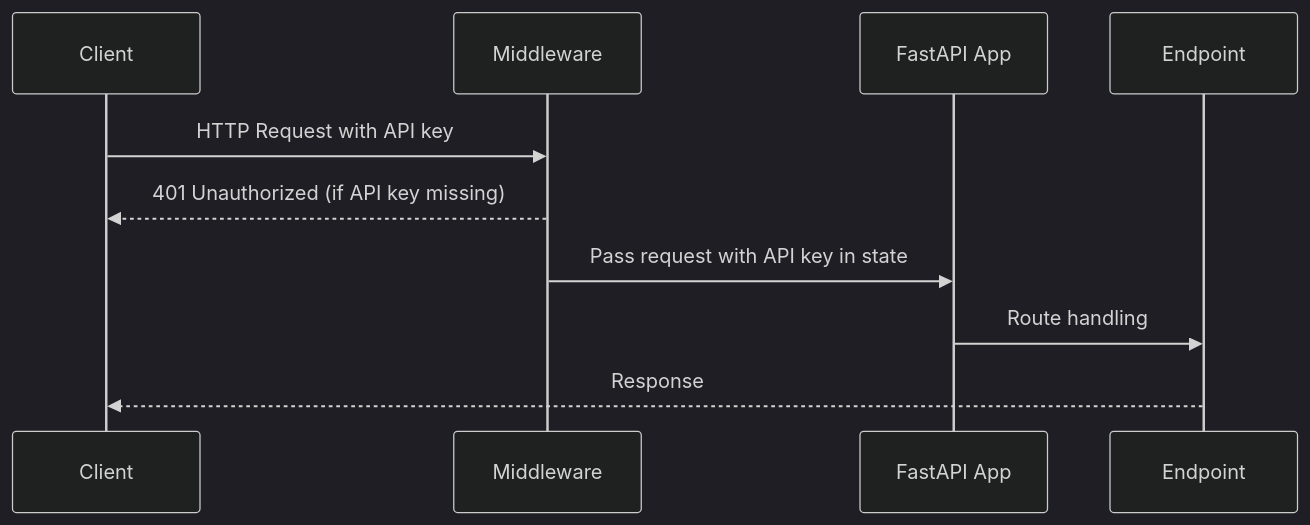
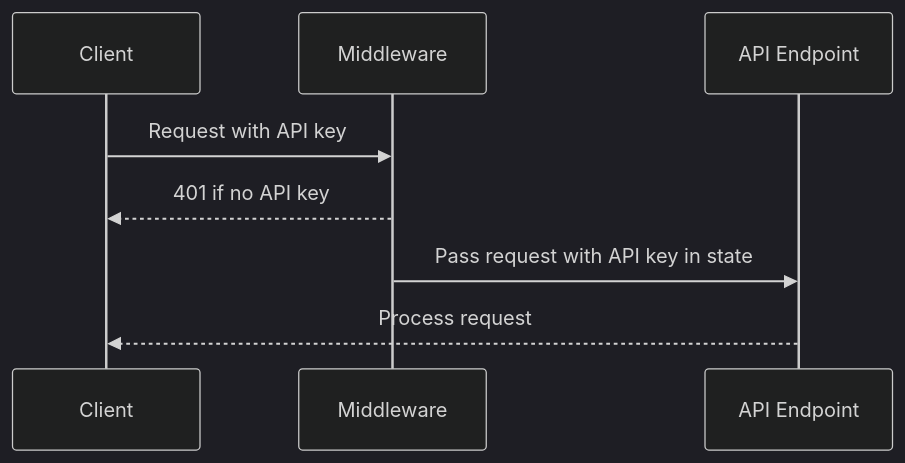
One commit to Meeting-BaaS/docs changed the diagram in content/docs/updates/speaking-bots-2025-04-29.mdx. Above: the diagram before and after it, drawn with Mermaid (dark theme). The commit also changed other lines of this file and 2 other files, not shown here.

Commit message:
Feat: speaking bots API update

````diff
--- a/content/docs/updates/speaking-bots-2025-04-29.mdx
+++ b/content/docs/updates/speaking-bots-2025-04-29.mdx
@@ -58,13 +77,10 @@
 ```mermaid
 sequenceDiagram
     participant Client
     participant Middleware
-    participant FastAPI App
-    participant Endpoint
-
-    Client->>Middleware: HTTP Request with API key
-    Middleware-->>Client: 401 Unauthorized (if API key missing)
-    Middleware->>FastAPI App: Pass request with API key in state
-    FastAPI App->>Endpoint: Route handling
-    Endpoint-->>Client: Response
+    participant API Endpoint
+    Client->>Middleware: Request with API key
+    Middleware-->>Client: 401 if no API key
+    Middleware->>API Endpoint: Pass request with API key in state
+    API Endpoint-->>Client: Process request
 ```
````
